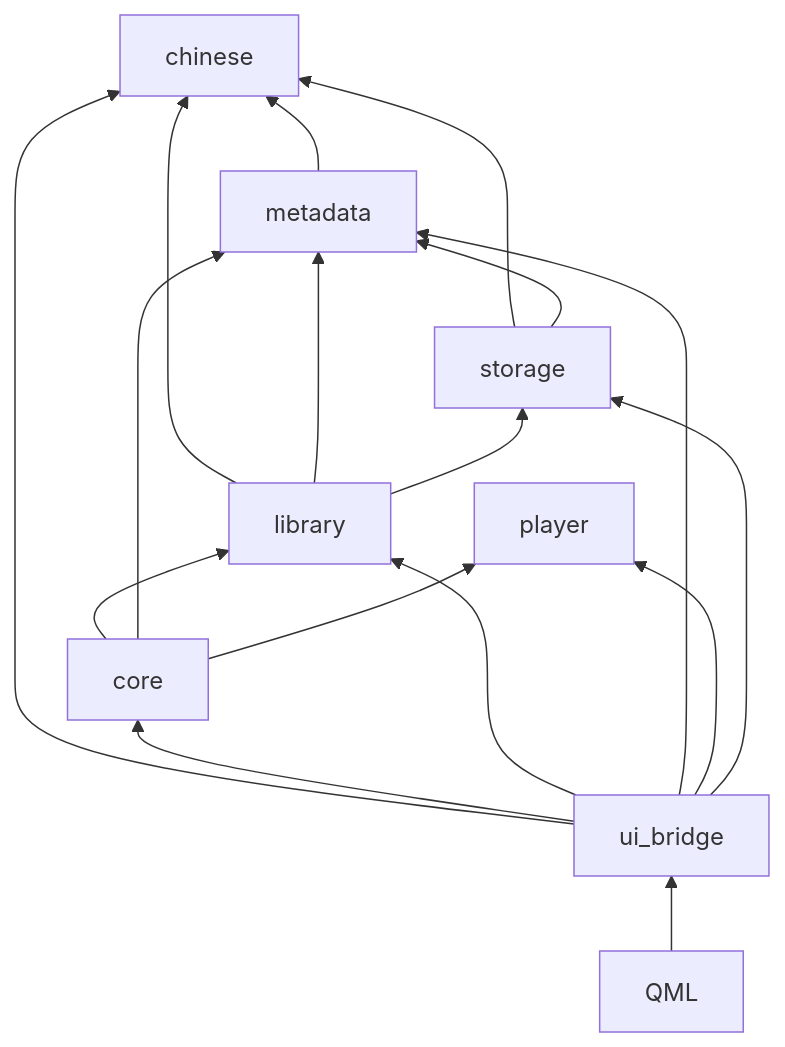
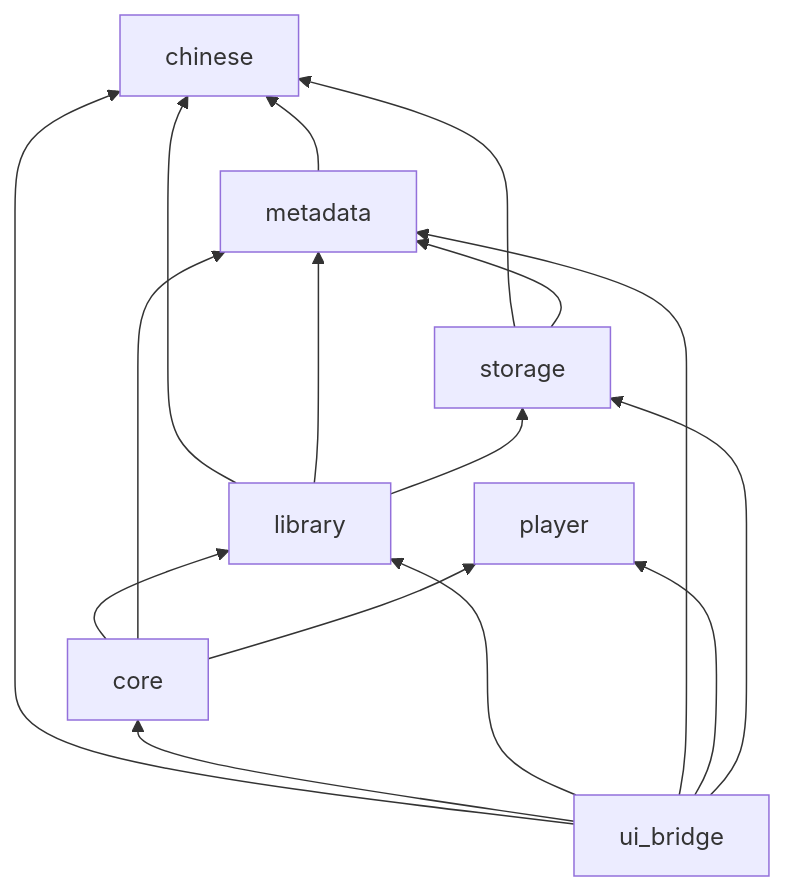
The diagram in README.md (Nook001/QingyinPlayer), drawn with Mermaid before and after one commit. The commit also changed other lines of this file and 21 other files, not shown here.

````diff
--- a/README.md
+++ b/README.md
@@ -95,28 +95,26 @@
 ```mermaid
 flowchart BT
   chinese[chinese]
   metadata[metadata]
   storage[storage]
   library[library]
   player[player]
   core[core]
   ui_bridge[ui_bridge]
-  qml[QML]
 
   metadata --> chinese
   storage --> chinese
   storage --> metadata
   library --> chinese
   library --> metadata
   library --> storage
   core --> library
   core --> metadata
   core --> player
   ui_bridge --> chinese
   ui_bridge --> core
   ui_bridge --> library
   ui_bridge --> metadata
   ui_bridge --> player
   ui_bridge --> storage
-  qml --> ui_bridge
 ```
````
